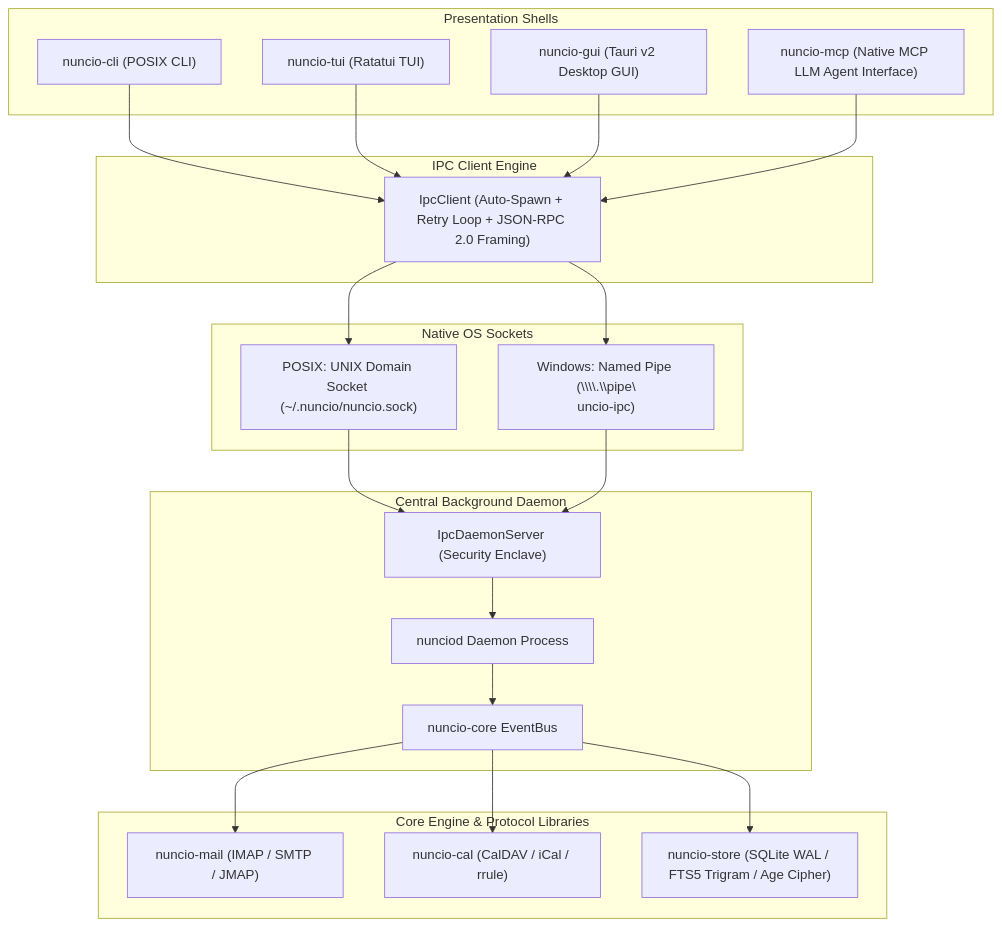
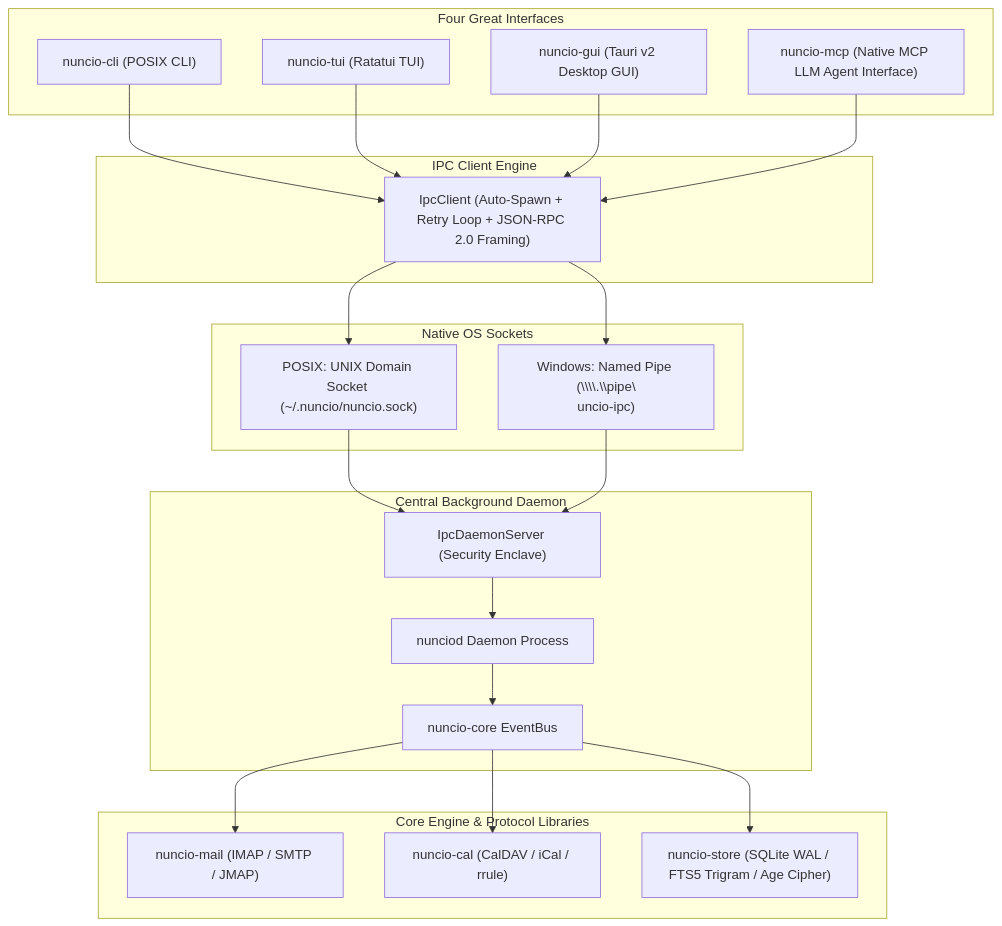
Before and after one commit to KofTwentyTwo/nuncio: the diagram in README.md, drawn with Mermaid. The commit also changed other lines of this file, not shown here.

Commit message:
style(copy): replace 'presentation shells' with user-friendly 'Four Great Interfaces'

````diff
--- a/README.md
+++ b/README.md
@@ -32,48 +32,48 @@
 ```mermaid
 graph TD
-    subgraph Presentation Shells
+    subgraph Four Great Interfaces
         CLI["nuncio-cli (POSIX CLI)"]
         TUI["nuncio-tui (Ratatui TUI)"]
         GUI["nuncio-gui (Tauri v2 Desktop GUI)"]
         MCP["nuncio-mcp (Native MCP LLM Agent Interface)"]
     end
 
     subgraph IPC Client Engine
         Client["IpcClient (Auto-Spawn + Retry Loop + JSON-RPC 2.0 Framing)"]
     end
 
     subgraph Native OS Sockets
         UnixSocket["POSIX: UNIX Domain Socket (~/.nuncio/nuncio.sock)"]
         WinPipe["Windows: Named Pipe (\\\\.\\pipe\\nuncio-ipc)"]
     end
 
     subgraph Central Background Daemon
         DaemonServer["IpcDaemonServer (Security Enclave)"]
         DaemonProcess["nunciod Daemon Process"]
         EventBus["nuncio-core EventBus"]
     end
 
     subgraph Core Engine & Protocol Libraries
         MailEngine["nuncio-mail (IMAP / SMTP / JMAP)"]
         CalEngine["nuncio-cal (CalDAV / iCal / rrule)"]
         StoreEngine["nuncio-store (SQLite WAL / FTS5 Trigram / Age Cipher)"]
     end
 
     CLI --> Client
     TUI --> Client
     GUI --> Client
     MCP --> Client
 
     Client --> UnixSocket
     Client --> WinPipe
 
     UnixSocket --> DaemonServer
     WinPipe --> DaemonServer
 
     DaemonServer --> DaemonProcess
     DaemonProcess --> EventBus
 
     EventBus --> MailEngine
     EventBus --> CalEngine
     EventBus --> StoreEngine
 ```
````
